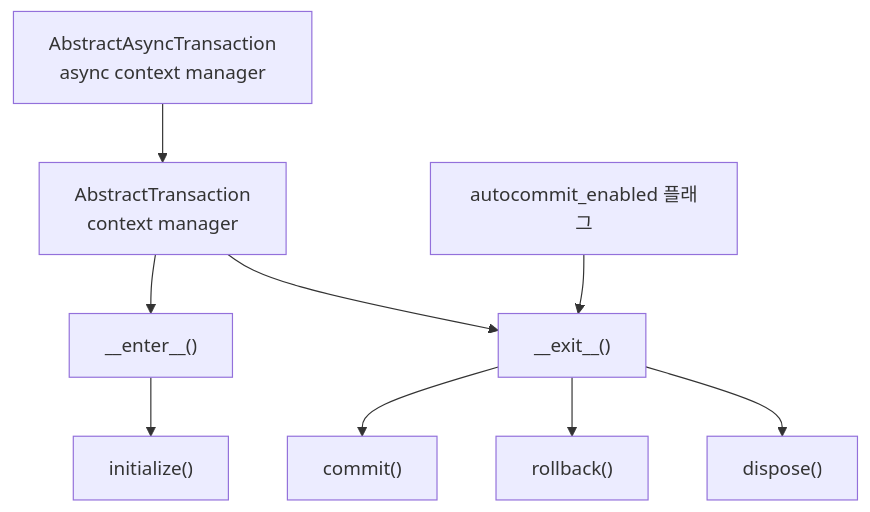
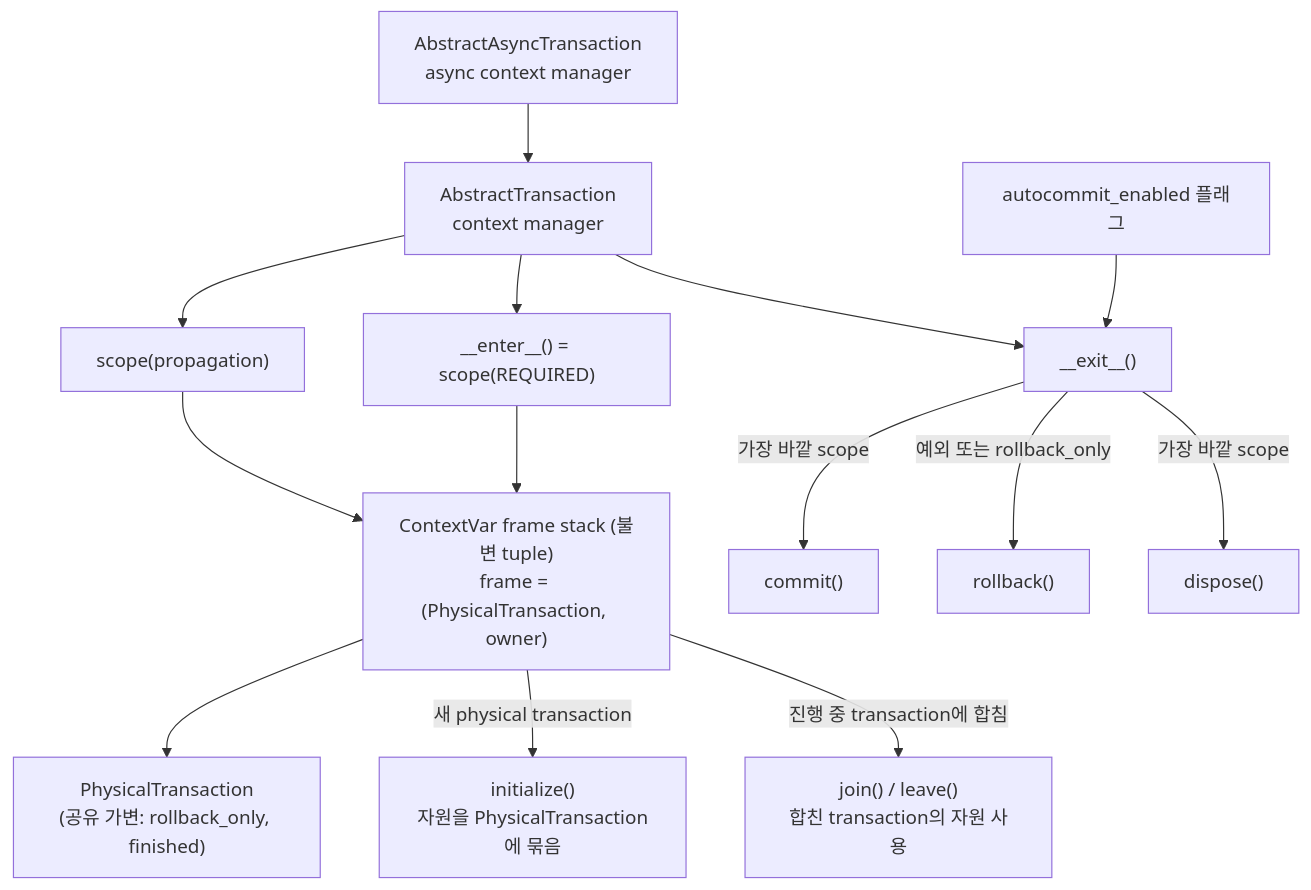
Before and after one commit to E5presso/spakky-framework: the eighth of 14 diagrams in ARCHITECTURE.md, drawn with Mermaid. The commit also changed other lines of this file and 34 other files, not shown here.

First line of the commit message:
feat(data)!: @Transactional에 중첩 transaction(propagation)을 추가합니다 (#571)

````diff
--- a/ARCHITECTURE.md
+++ b/ARCHITECTURE.md
@@ -846,21 +865,30 @@
 ```mermaid
 flowchart TD
     tx["AbstractTransaction<br/>context manager"]
-    enter["__enter__()"]
-    init["initialize()"]
+    scope["scope(propagation)"]
+    frames["ContextVar frame stack (불변 tuple)<br/>frame = (PhysicalTransaction, owner)"]
+    physical["PhysicalTransaction<br/>(공유 가변: rollback_only, finished)"]
+    enter["__enter__() = scope(REQUIRED)"]
+    init["initialize()<br/>자원을 PhysicalTransaction에 묶음"]
+    join["join() / leave()<br/>합친 transaction의 자원 사용"]
     exit["__exit__()"]
     commit["commit()"]
     rollback["rollback()"]
     dispose["dispose()"]
     flag["autocommit_enabled 플래그"]
     async_tx["AbstractAsyncTransaction<br/>async context manager"]
 
+    tx --> scope
     tx --> enter
-    enter --> init
+    scope --> frames
+    frames --> physical
+    enter --> frames
+    frames -->|"새 physical transaction"| init
+    frames -->|"진행 중 transaction에 합침"| join
     tx --> exit
-    exit --> commit
-    exit --> rollback
-    exit --> dispose
+    exit -->|"가장 바깥 scope"| commit
+    exit -->|"예외 또는 rollback_only"| rollback
+    exit -->|"가장 바깥 scope"| dispose
     flag --> exit
     async_tx --> tx
 ```
````
